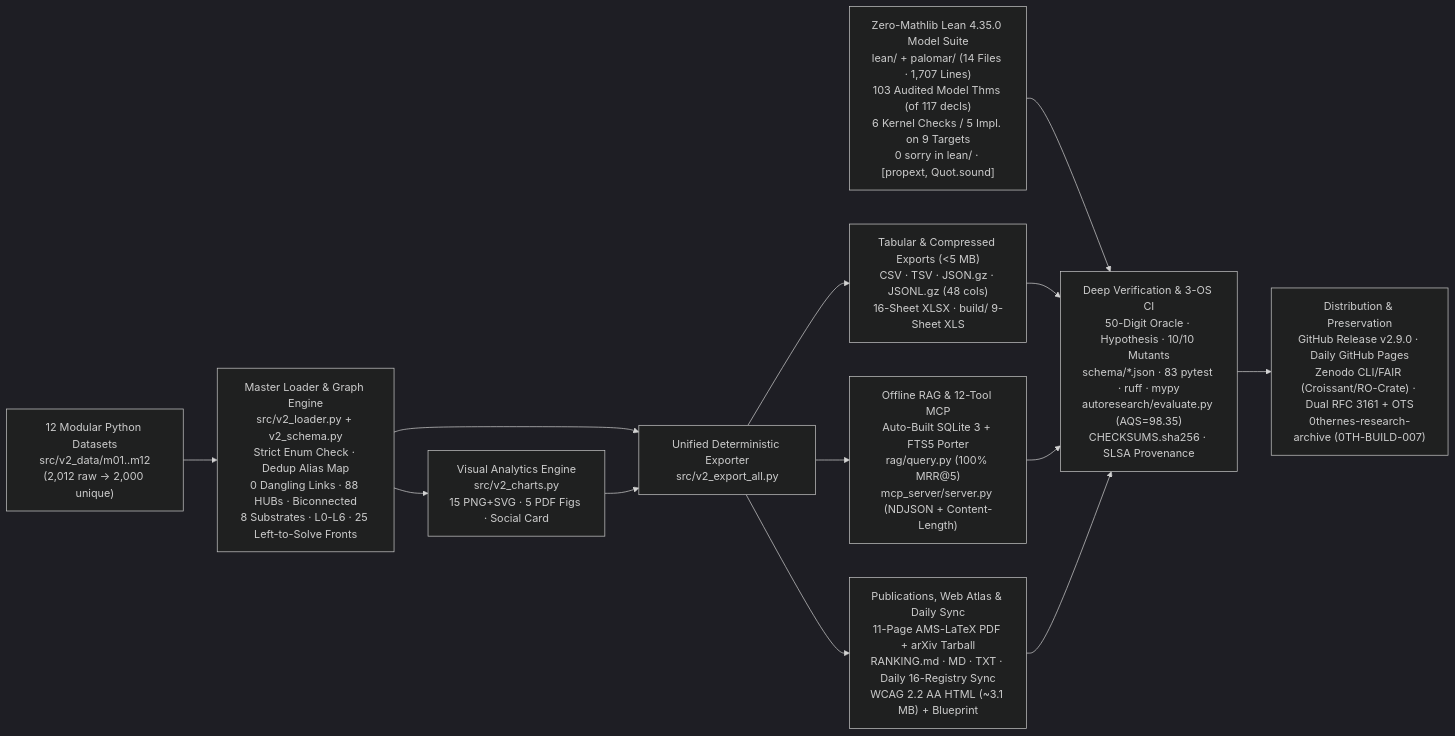
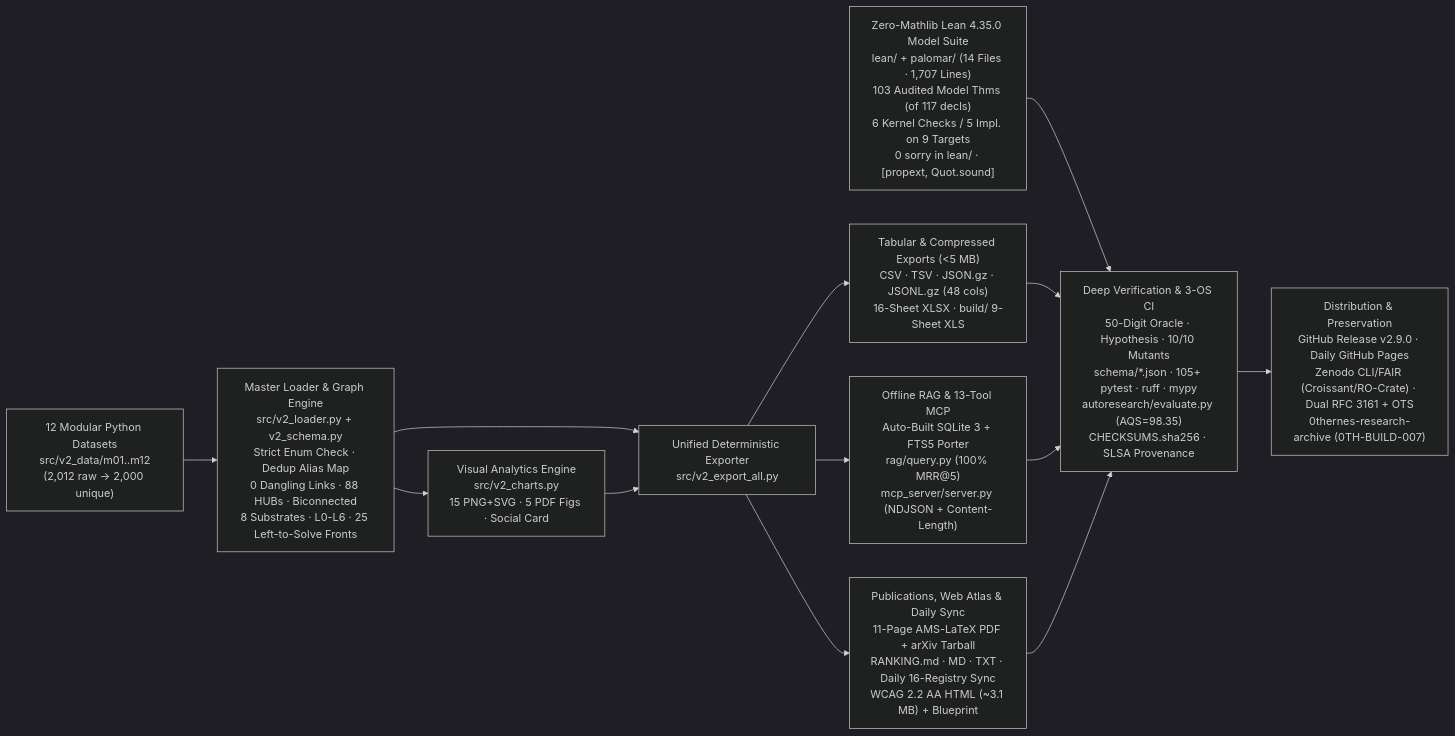
The diagram in ARCHITECTURE.md (0thernes/unsolved-problems-mega-atlas), drawn with Mermaid (dark theme) before and after one commit. The commit also changed other lines of this file and 13 other files, not shown here.

````diff
--- a/ARCHITECTURE.md
+++ b/ARCHITECTURE.md
@@ -5,15 +5,15 @@
 ```mermaid
 flowchart LR
     A["12 Modular Python Datasets\nsrc/v2_data/m01..m12\n(2,012 raw -> 2,000 unique)"] --> B["Master Loader & Graph Engine\nsrc/v2_loader.py + v2_schema.py\nStrict Enum Check · Dedup Alias Map\n0 Dangling Links · 88 HUBs · Biconnected\n8 Substrates · L0-L6 · 25 Left-to-Solve Fronts"]
     B --> C["Visual Analytics Engine\nsrc/v2_charts.py\n15 PNG+SVG · 5 PDF Figs · Social Card"]
     B --> D["Unified Deterministic Exporter\nsrc/v2_export_all.py"]
     C --> D
     D --> E1["Tabular & Compressed Exports (<5 MB)\nCSV · TSV · JSON.gz · JSONL.gz (48 cols)\n16-Sheet XLSX · build/ 9-Sheet XLS"]
-    D --> E2["Offline RAG & 12-Tool MCP\nAuto-Built SQLite 3 + FTS5 Porter\nrag/query.py (100% MRR@5)\nmcp_server/server.py (NDJSON + Content-Length)"]
+    D --> E2["Offline RAG & 13-Tool MCP\nAuto-Built SQLite 3 + FTS5 Porter\nrag/query.py (100% MRR@5)\nmcp_server/server.py (NDJSON + Content-Length)"]
     D --> E3["Publications, Web Atlas & Daily Sync\n11-Page AMS-LaTeX PDF + arXiv Tarball\nRANKING.md · MD · TXT · Daily 16-Registry Sync\nWCAG 2.2 AA HTML (~3.1 MB) + Blueprint"]
-    F["Zero-Mathlib Lean 4.35.0 Model Suite\nlean/ + palomar/ (14 Files · 1,707 Lines)\n103 Audited Model Thms (of 117 decls)\n6 Kernel Checks / 5 Impl. on 9 Targets\n0 sorry in lean/ · [propext, Quot.sound]"] --> G["Deep Verification & 3-OS CI\n50-Digit Oracle · Hypothesis · 10/10 Mutants\nschema/*.json · 83 pytest · ruff · mypy\nautoresearch/evaluate.py (AQS=98.35)\nCHECKSUMS.sha256 · SLSA Provenance"]
+    F["Zero-Mathlib Lean 4.35.0 Model Suite\nlean/ + palomar/ (14 Files · 1,707 Lines)\n103 Audited Model Thms (of 117 decls)\n6 Kernel Checks / 5 Impl. on 9 Targets\n0 sorry in lean/ · [propext, Quot.sound]"] --> G["Deep Verification & 3-OS CI\n50-Digit Oracle · Hypothesis · 10/10 Mutants\nschema/*.json · 105+ pytest · ruff · mypy\nautoresearch/evaluate.py (AQS=98.35)\nCHECKSUMS.sha256 · SLSA Provenance"]
     E1 --> G
     E2 --> G
     E3 --> G
     G --> H["Distribution & Preservation\nGitHub Release v2.9.0 · Daily GitHub Pages\nZenodo CLI/FAIR (Croissant/RO-Crate) · Dual RFC 3161 + OTS\n0thernes-research-archive (0TH-BUILD-007)"]
 ```
````
